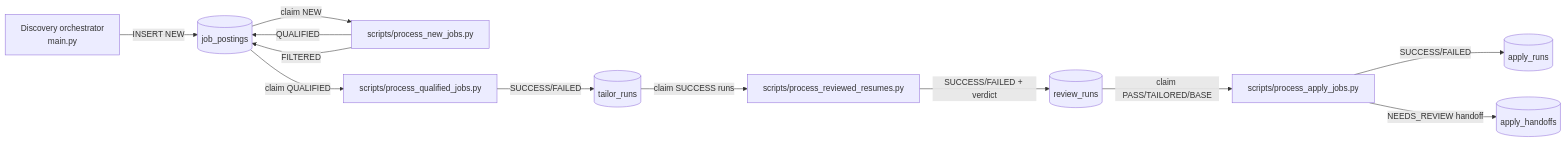
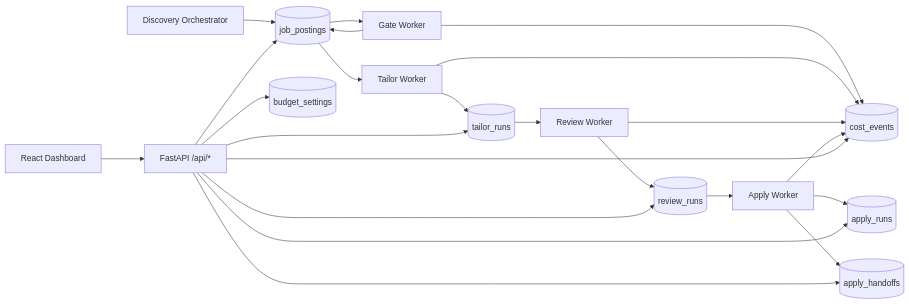
One commit to joeyspagnoli/agentic-job-applier changed the diagram in .aqa/spec/architecture.md. Above: the diagram before and after it, drawn with Mermaid. The commit also changed other lines of this file and 40 other files, not shown here.

````diff
--- a/.aqa/spec/architecture.md
+++ b/.aqa/spec/architecture.md
@@ -12,17 +11,32 @@
 ```mermaid
 graph LR
-    Discover[Discovery orchestrator\nmain.py] -->|INSERT NEW| Jobs[(job_postings)]
-    Jobs -->|claim NEW| Gate[scripts/process_new_jobs.py]
-    Gate -->|QUALIFIED| Jobs
-    Gate -->|FILTERED| Jobs
+    Discover[Discovery Orchestrator] --> Jobs[(job_postings)]
 
-    Jobs -->|claim QUALIFIED| Tailor[scripts/process_qualified_jobs.py]
-    Tailor -->|SUCCESS/FAILED| TailorRuns[(tailor_runs)]
+    Jobs --> Gate[Gate Worker]
+    Gate --> Jobs
 
-    TailorRuns -->|claim SUCCESS runs| Review[scripts/process_reviewed_resumes.py]
-    Review -->|SUCCESS/FAILED + verdict| ReviewRuns[(review_runs)]
+    Jobs --> Tailor[Tailor Worker]
+    Tailor --> TailorRuns[(tailor_runs)]
 
-    ReviewRuns -->|claim PASS/TAILORED/BASE| Apply[scripts/process_apply_jobs.py]
-    Apply -->|SUCCESS/FAILED| ApplyRuns[(apply_runs)]
-    Apply -->|NEEDS_REVIEW handoff| Handoffs[(apply_handoffs)]
+    TailorRuns --> Review[Review Worker]
+    Review --> ReviewRuns[(review_runs)]
+
+    ReviewRuns --> Apply[Apply Worker]
+    Apply --> ApplyRuns[(apply_runs)]
+    Apply --> Handoffs[(apply_handoffs)]
+
+    Gate --> Cost[(cost_events)]
+    Tailor --> Cost
+    Review --> Cost
+    Apply --> Cost
+
+    API[FastAPI /api/*] --> Jobs
+    API --> TailorRuns
+    API --> ReviewRuns
+    API --> ApplyRuns
+    API --> Handoffs
+    API --> Cost
+    API --> Budget[(budget_settings)]
+
+    UI[React Dashboard] --> API
 ```
````
